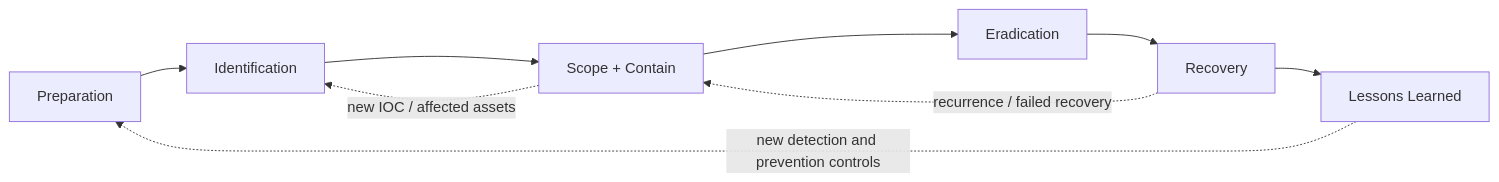
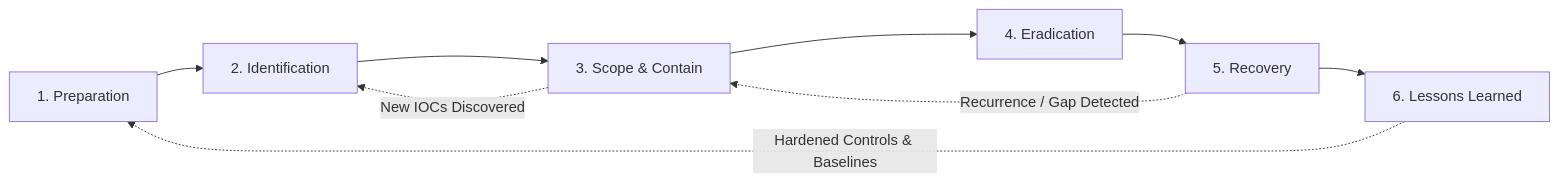
One commit to shii9/AegisIR changed the first of 3 diagrams in docs/03-WORKFLOW.md. Above: the diagram before and after it, drawn with Mermaid. The commit also changed other lines of this file and 2 other files, not shown here.

Commit message:
docs: align architecture and workflow specifications with the 5-stage triage pipeline and interactive TUI

````diff
--- a/docs/03-WORKFLOW.md
+++ b/docs/03-WORKFLOW.md
@@ -7,11 +7,11 @@
 ```mermaid
 flowchart LR
- P[Preparation] --> I[Identification]
- I --> S[Scope + Contain]
- S --> E[Eradication]
- E --> R[Recovery]
- R --> L[Lessons Learned]
- L -. new detection and prevention controls .-> P
- S -. new IOC / affected assets .-> I
- R -. recurrence / failed recovery .-> S
+  P["1. Preparation"] --> I["2. Identification"]
+  I --> S["3. Scope & Contain"]
+  S --> E["4. Eradication"]
+  E --> R["5. Recovery"]
+  R --> L["6. Lessons Learned"]
+  L -. "Hardened Controls & Baselines" .-> P
+  S -. "New IOCs Discovered" .-> I
+  R -. "Recurrence / Gap Detected" .-> S
 ```
````
